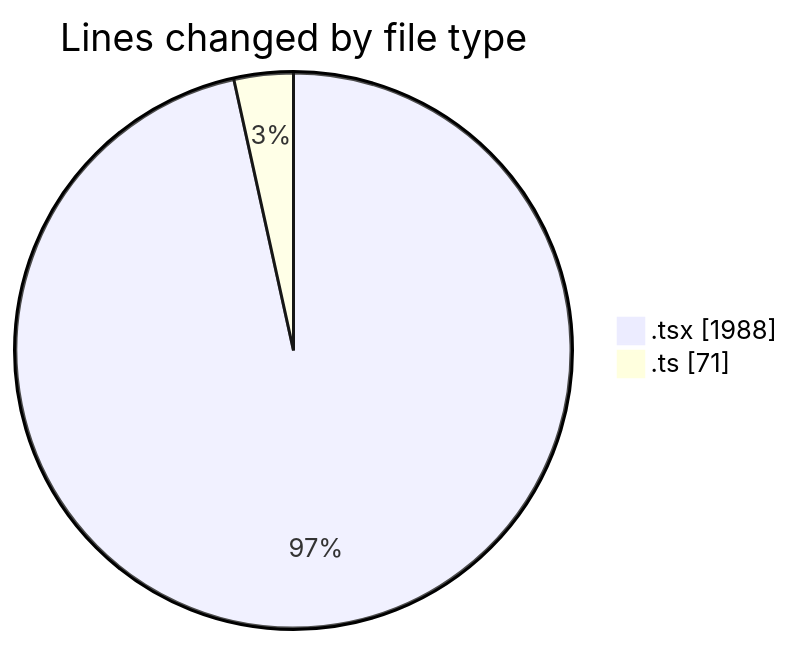
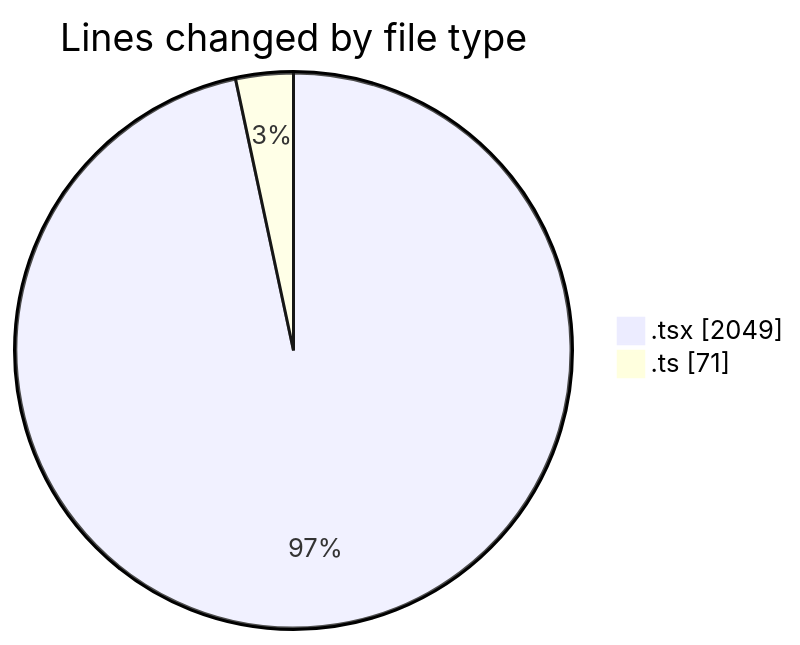
The first of 2 diagrams in 2025-02-11/cda/README.md (momahboobian/code-tracking), drawn with Mermaid before and after one commit. The commit also changed other lines of this file and 1 other file, not shown here.

````diff
--- a/2025-02-11/cda/README.md
+++ b/2025-02-11/cda/README.md
@@ -23,6 +23,6 @@
 ```mermaid
 pie showData
 title Lines changed by file type
-".tsx" : 1988
+".tsx" : 2049
 ".ts" : 71
 ```
````
